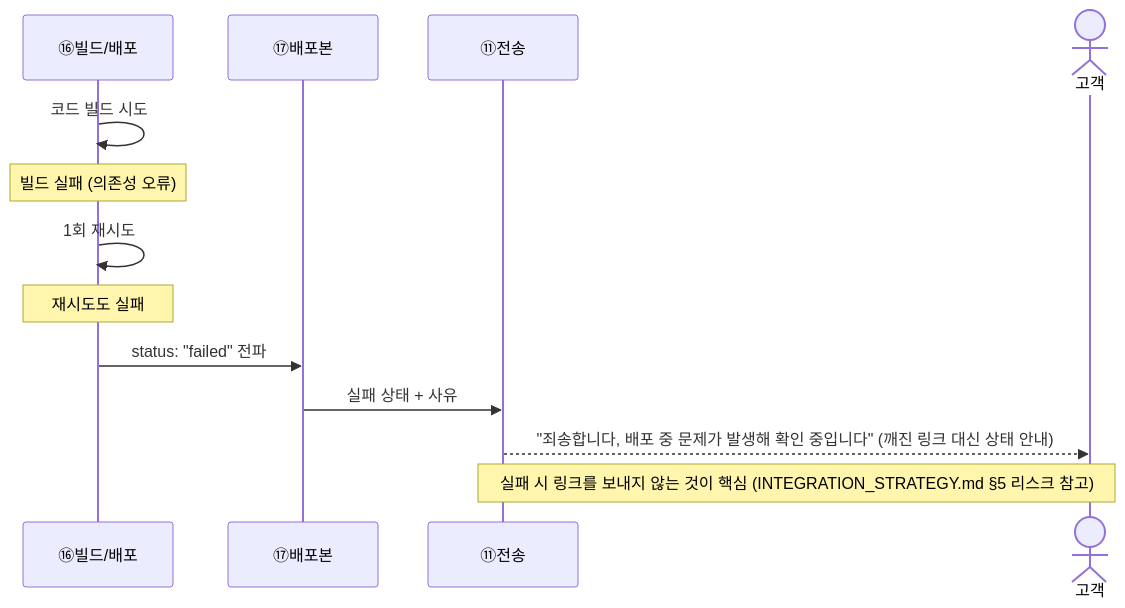
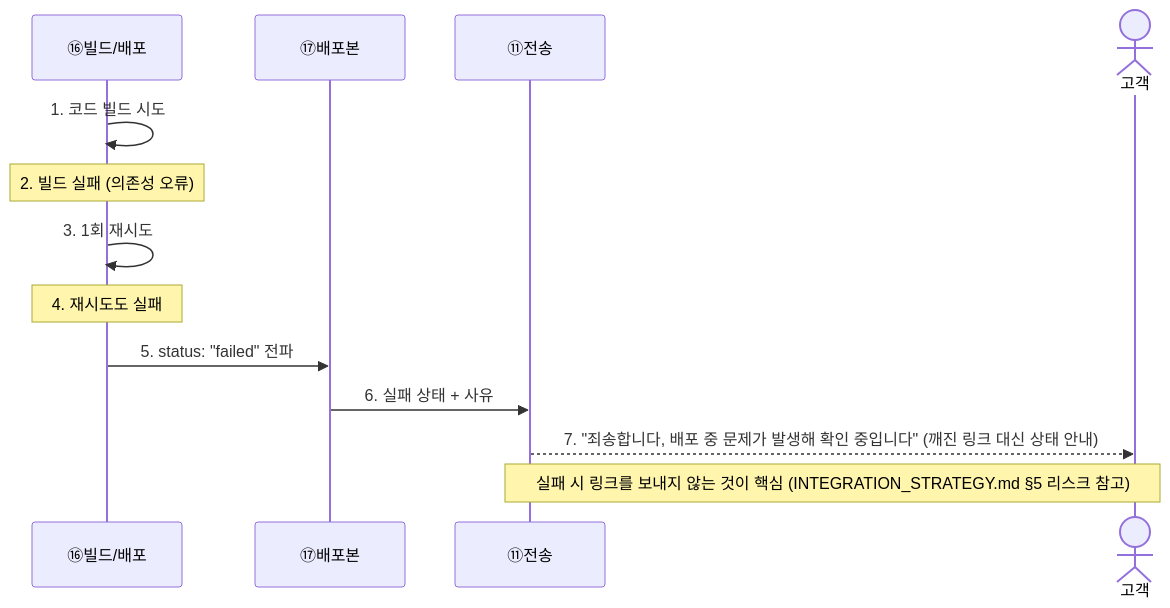
Before and after one commit to kyungsikjeung/agt001: the fifth of 5 diagrams in README.md, drawn with Mermaid. The commit also changed other lines of this file and 1 other file, not shown here.

First line of the commit message:
Number every sequence diagram step and add explanation tables

````diff
--- a/README.md
+++ b/README.md
@@ -110,16 +143,16 @@
 ```mermaid
 sequenceDiagram
     participant 빌드 as ⑯빌드/배포
     participant 배포 as ⑰배포본
     participant 전송 as ⑪전송
     actor 고객
 
-    빌드->>빌드: 코드 빌드 시도
-    Note over 빌드: 빌드 실패 (의존성 오류)
-    빌드->>빌드: 1회 재시도
-    Note over 빌드: 재시도도 실패
-    빌드->>배포: status: "failed" 전파
-    배포->>전송: 실패 상태 + 사유
-    전송-->>고객: "죄송합니다, 배포 중 문제가 발생해 확인 중입니다" (깨진 링크 대신 상태 안내)
+    빌드->>빌드: 1. 코드 빌드 시도
+    Note over 빌드: 2. 빌드 실패 (의존성 오류)
+    빌드->>빌드: 3. 1회 재시도
+    Note over 빌드: 4. 재시도도 실패
+    빌드->>배포: 5. status: "failed" 전파
+    배포->>전송: 6. 실패 상태 + 사유
+    전송-->>고객: 7. "죄송합니다, 배포 중 문제가 발생해 확인 중입니다" (깨진 링크 대신 상태 안내)
     Note over 전송,고객: 실패 시 링크를 보내지 않는 것이 핵심 (INTEGRATION_STRATEGY.md §5 리스크 참고)
 ```
````
